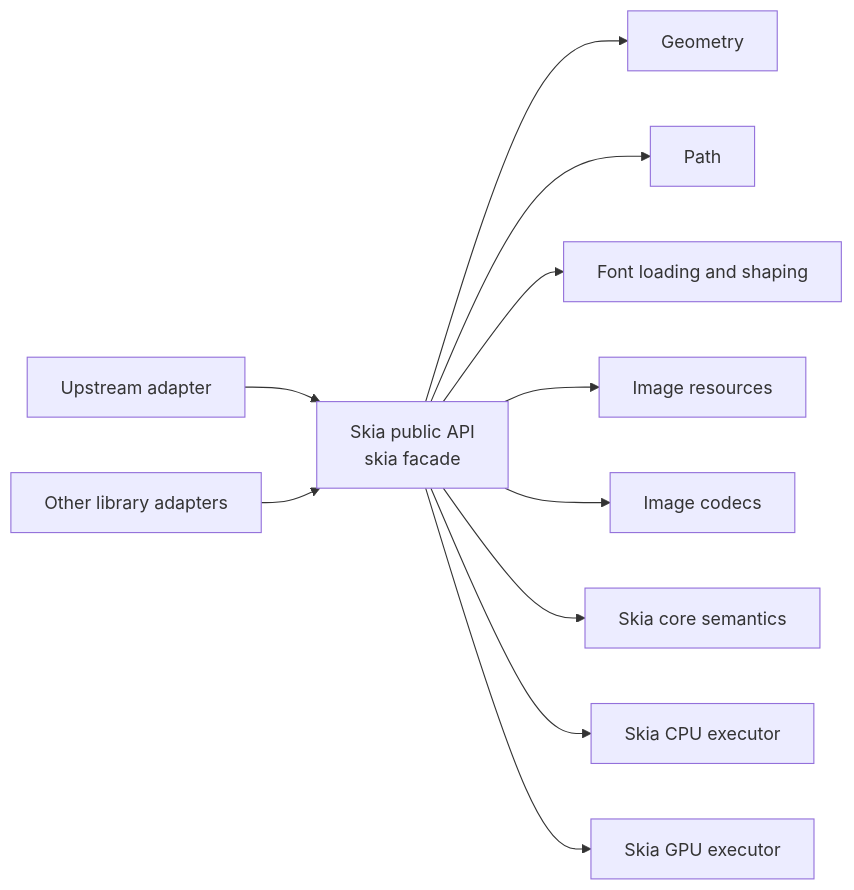
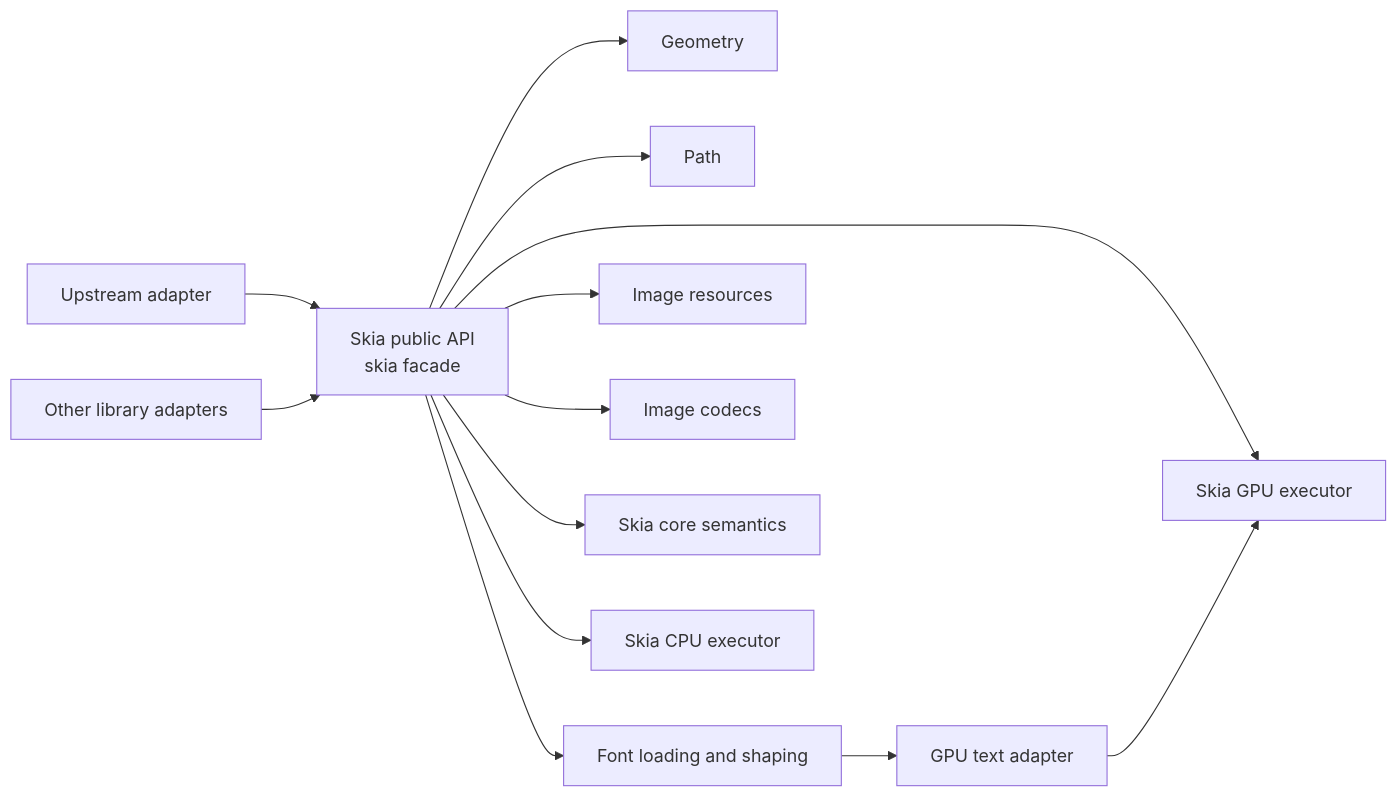
The diagram in README.md (chogng/skia), drawn with Mermaid before and after one commit. The commit also changed other lines of this file and 13 other files, not shown here.

First line of the commit message:
refactor(gpu): decouple text atlas adaptation

````diff
--- a/README.md
+++ b/README.md
@@ -9,13 +9,15 @@
 ```mermaid
 flowchart LR
   adapter["Upstream adapter"] --> api["Skia public API\nskia facade"]
   other["Other library adapters"] --> api
   api --> geometry["Geometry"]
   api --> path["Path"]
   api --> text["Font loading and shaping"]
   api --> image["Image resources"]
   api --> codec["Image codecs"]
   api --> core["Skia core semantics"]
   api --> cpu["Skia CPU executor"]
   api --> gpu["Skia GPU executor"]
+  text --> gpu_text["GPU text adapter"]
+  gpu_text --> gpu
 ```
````
